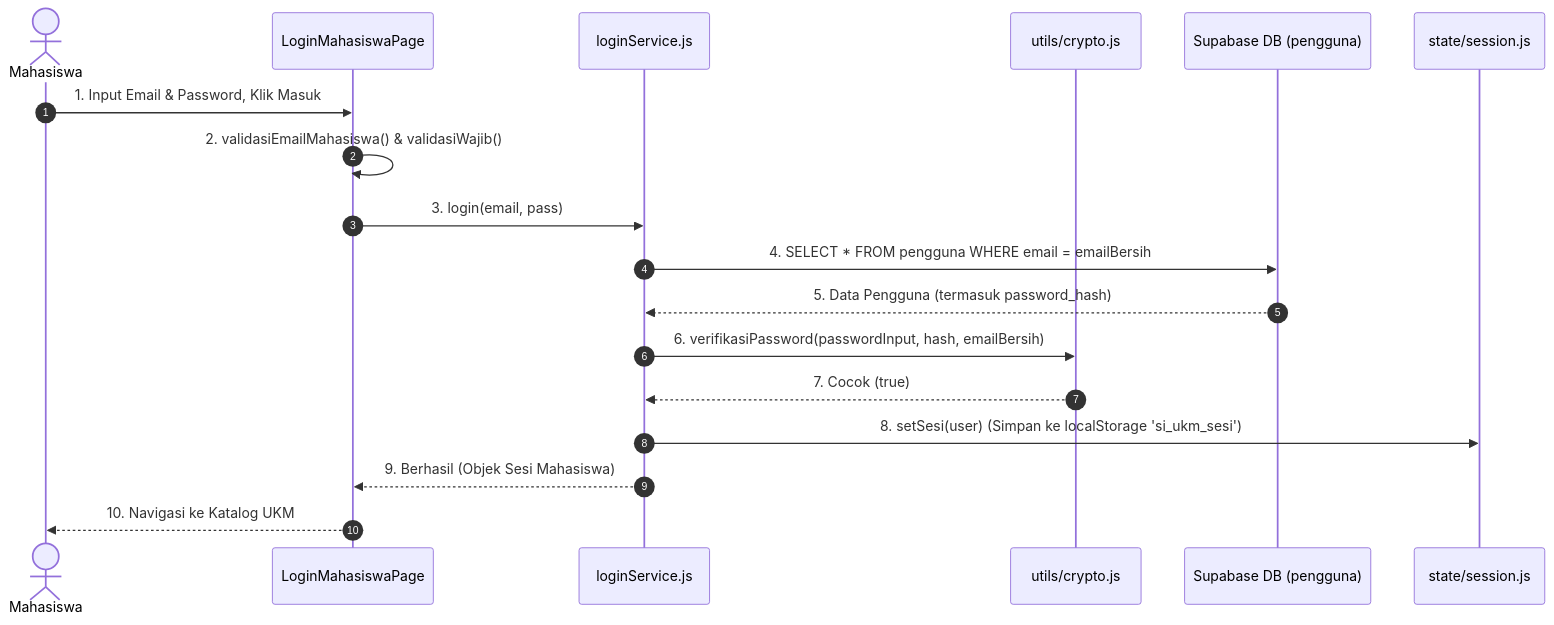
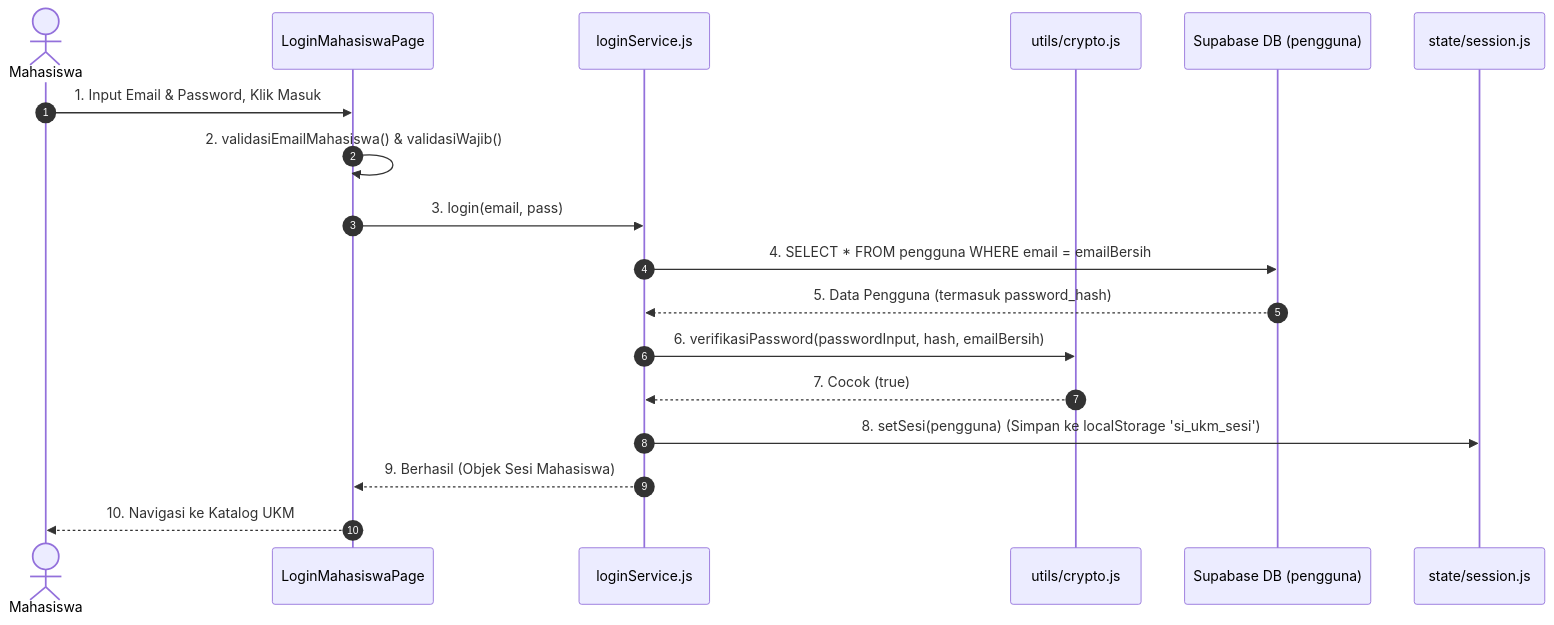
The second of 5 diagrams in docs/Bedah_Detail_Diagram_vs_Kode.md (Cicatrixscar/SI-UKM-UB), drawn with Mermaid before and after one commit.

Commit message:
Update session storage key in documentation

````diff
--- a/docs/Bedah_Detail_Diagram_vs_Kode.md
+++ b/docs/Bedah_Detail_Diagram_vs_Kode.md
@@ -54,21 +54,21 @@
 ```mermaid
 sequenceDiagram
     autonumber
     actor Mahasiswa
     participant View as LoginMahasiswaPage
     participant Service as loginService.js
     participant Crypto as utils/crypto.js
     participant DB as Supabase DB (pengguna)
     participant State as state/session.js
 
     Mahasiswa->>View: 1. Input Email & Password, Klik Masuk
     View->>View: 2. validasiEmailMahasiswa() & validasiWajib()
     View->>Service: 3. login(email, pass)
     Service->>DB: 4. SELECT * FROM pengguna WHERE email = emailBersih
     DB-->>Service: 5. Data Pengguna (termasuk password_hash)
     Service->>Crypto: 6. verifikasiPassword(passwordInput, hash, emailBersih)
     Crypto-->>Service: 7. Cocok (true)
-    Service->>State: 8. setSesi(user) (Simpan ke localStorage 'si_ukm_sesi')
+    Service->>State: 8. setSesi(pengguna) (Simpan ke localStorage 'si_ukm_sesi')
     Service-->>View: 9. Berhasil (Objek Sesi Mahasiswa)
     View-->>Mahasiswa: 10. Navigasi ke Katalog UKM
 ```
````
